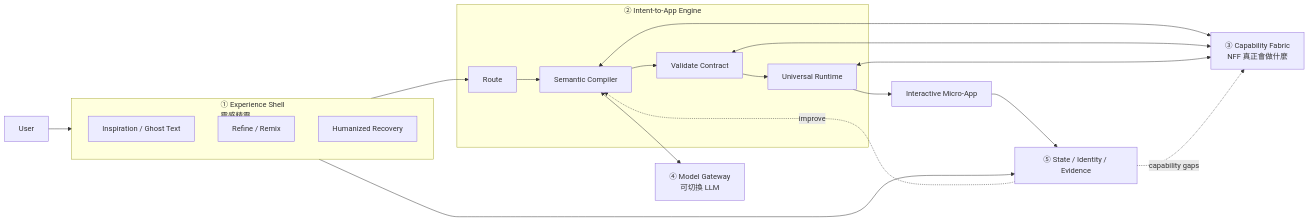
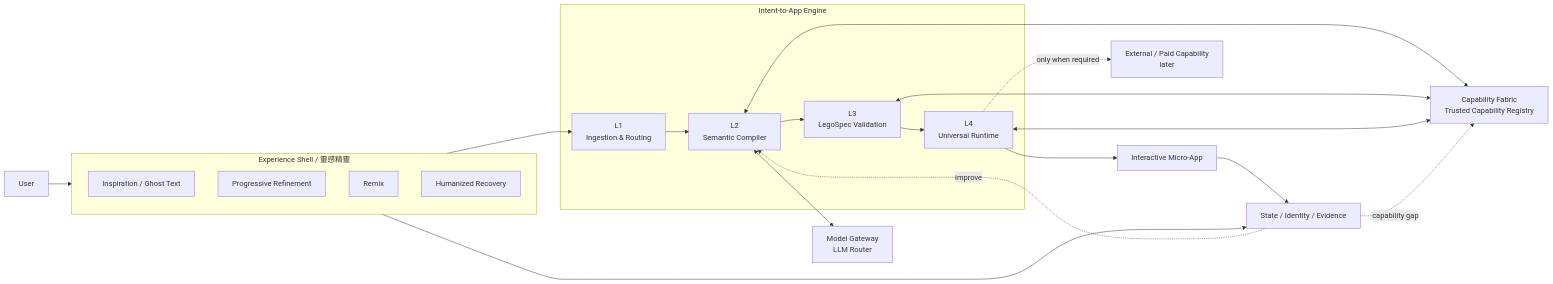
One commit to NFF98/NodeFF changed the first of 6 diagrams in working/APP-ARCHITECTURE.md. Above: the diagram before and after it, drawn with Mermaid. The commit also changed other lines of this file, not shown here.

Commit message:
docs: align app architecture to 1m 3m 6m evolution model

```diff
--- a/working/APP-ARCHITECTURE.md
+++ b/working/APP-ARCHITECTURE.md
@@ -14,34 +42,39 @@
 ~~~mermaid
 flowchart LR
     U[User]
 
-    subgraph SHELL["① Experience Shell<br/>靈感精靈"]
-        I[Inspiration / Ghost Text]
-        R[Refine / Remix]
-        E[Humanized Recovery]
+    subgraph UX["Experience Shell / 靈感精靈"]
+        INS[Inspiration / Ghost Text]
+        REF[Progressive Refinement]
+        REM[Remix]
+        REC[Humanized Recovery]
     end
 
-    subgraph ENGINE["② Intent-to-App Engine"]
-        L1[Route]
-        L2[Semantic Compiler]
-        L3[Validate Contract]
-        L4[Universal Runtime]
+    subgraph ENGINE["Intent-to-App Engine"]
+        L1["L1<br/>Ingestion & Routing"]
+        L2["L2<br/>Semantic Compiler"]
+        L3["L3<br/>LegoSpec Validation"]
+        L4["L4<br/>Universal Runtime"]
     end
 
-    F["③ Capability Fabric<br/>NFF 真正會做什麼"]
-    M["④ Model Gateway<br/>可切換 LLM"]
-    D["⑤ State / Identity / Evidence"]
+    MODEL["Model Gateway<br/>LLM Router"]
+    FABRIC["Capability Fabric<br/>Trusted Capability Registry"]
+    DATA["State / Identity / Evidence"]
     APP["Interactive Micro-App"]
+    EXT["External / Paid Capability<br/>later"]
 
-    U --> SHELL
-    SHELL --> L1 --> L2 --> L3 --> L4 --> APP
-    L2 <--> M
-    L2 <--> F
-    L3 <--> F
-    L4 <--> F
+    U --> UX
+    UX --> L1 --> L2 --> L3 --> L4 --> APP
 
-    APP --> D
-    SHELL --> D
-    D -. improve .-> L2
-    D -. capability gaps .-> F
+    L2 <--> MODEL
+    L2 <--> FABRIC
+    L3 <--> FABRIC
+    L4 <--> FABRIC
+
+    APP --> DATA
+    UX --> DATA
+    DATA -. improve .-> L2
+    DATA -. capability gap .-> FABRIC
+
+    L4 -. only when required .-> EXT
 ~~~
```
